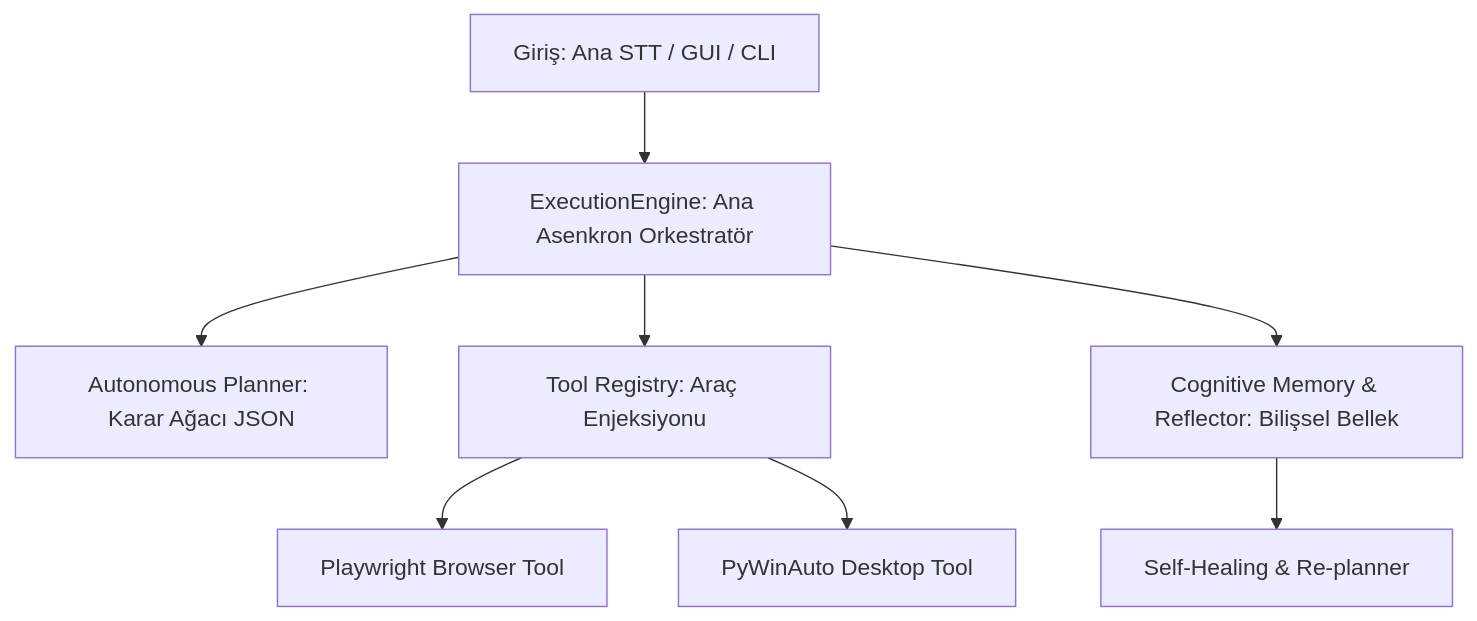
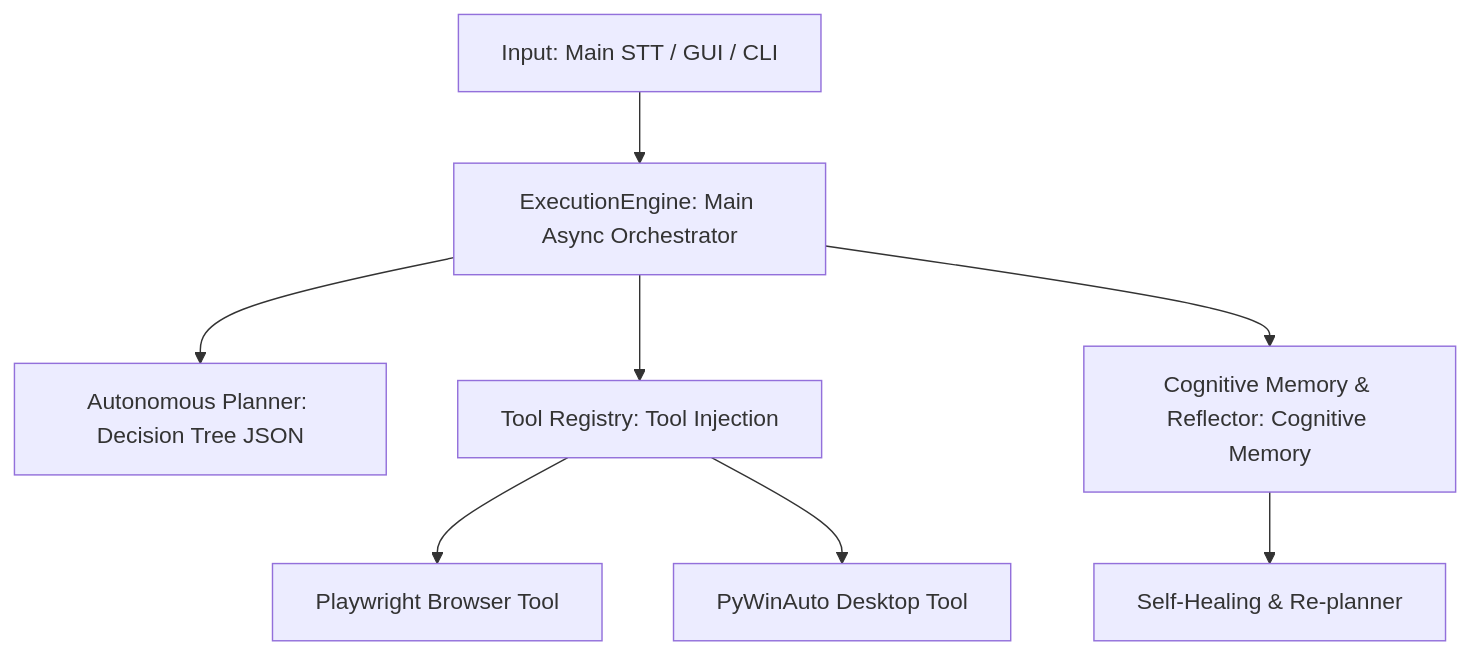
One commit to OguzEmir177/JARVIS-Cognitive-OS changed the diagram in README.md. Above: the diagram before and after it, drawn with Mermaid. The commit also changed other lines of this file, not shown here.

````diff
--- a/README.md
+++ b/README.md
@@ -17,10 +17,10 @@
 ```mermaid
 graph TD
-    A[Giriş: Ana STT / GUI / CLI] --> B[ExecutionEngine: Ana Asenkron Orkestratör]
-    B --> C[Autonomous Planner: Karar Ağacı JSON]
-    B --> D[Tool Registry: Araç Enjeksiyonu]
-    B --> E[Cognitive Memory & Reflector: Bilişsel Bellek]
+    A[Input: Main STT / GUI / CLI] --> B[ExecutionEngine: Main Async Orchestrator]
+    B --> C[Autonomous Planner: Decision Tree JSON]
+    B --> D[Tool Registry: Tool Injection]
+    B --> E[Cognitive Memory & Reflector: Cognitive Memory]
     D --> F[Playwright Browser Tool]
     D --> G[PyWinAuto Desktop Tool]
     E --> H[Self-Healing & Re-planner]
 ```
````
